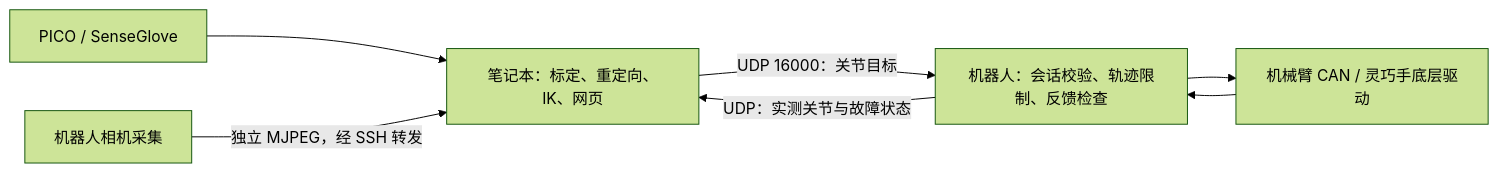
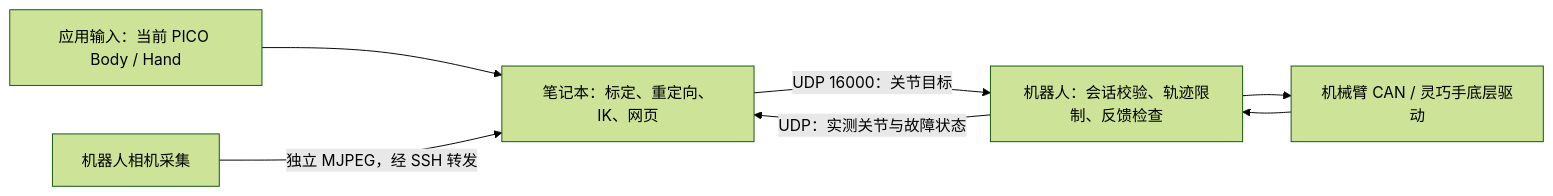
The diagram in robot_link/README.md (SaluteYan/esrobo), drawn with Mermaid (forest theme) before and after one commit. The commit also changed other lines of this file and 6 other files, not shown here.

````diff
--- a/robot_link/README.md
+++ b/robot_link/README.md
@@ -20,9 +20,9 @@
 ```mermaid
 flowchart LR
-  P[PICO / SenseGlove] --> L[笔记本：标定、重定向、IK、网页]
+  P[应用输入：当前 PICO Body / Hand] --> L[笔记本：标定、重定向、IK、网页]
   L -->|UDP 16000：关节目标| R[机器人：会话校验、轨迹限制、反馈检查]
   R -->|UDP：实测关节与故障状态| L
   R --> A[机械臂 CAN / 灵巧手底层驱动]
   A --> R
   C[机器人相机采集] -->|独立 MJPEG，经 SSH 转发| L
 ```
````
